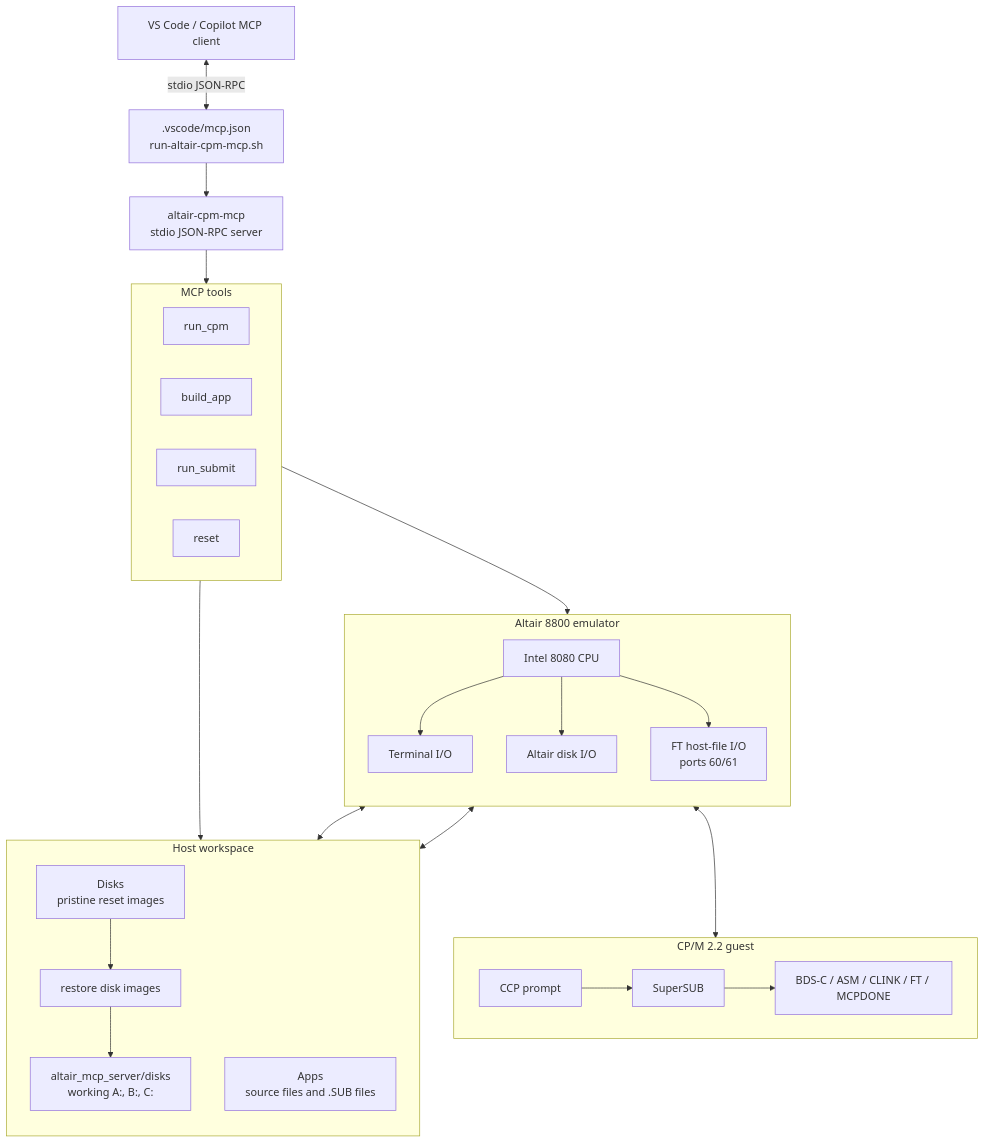
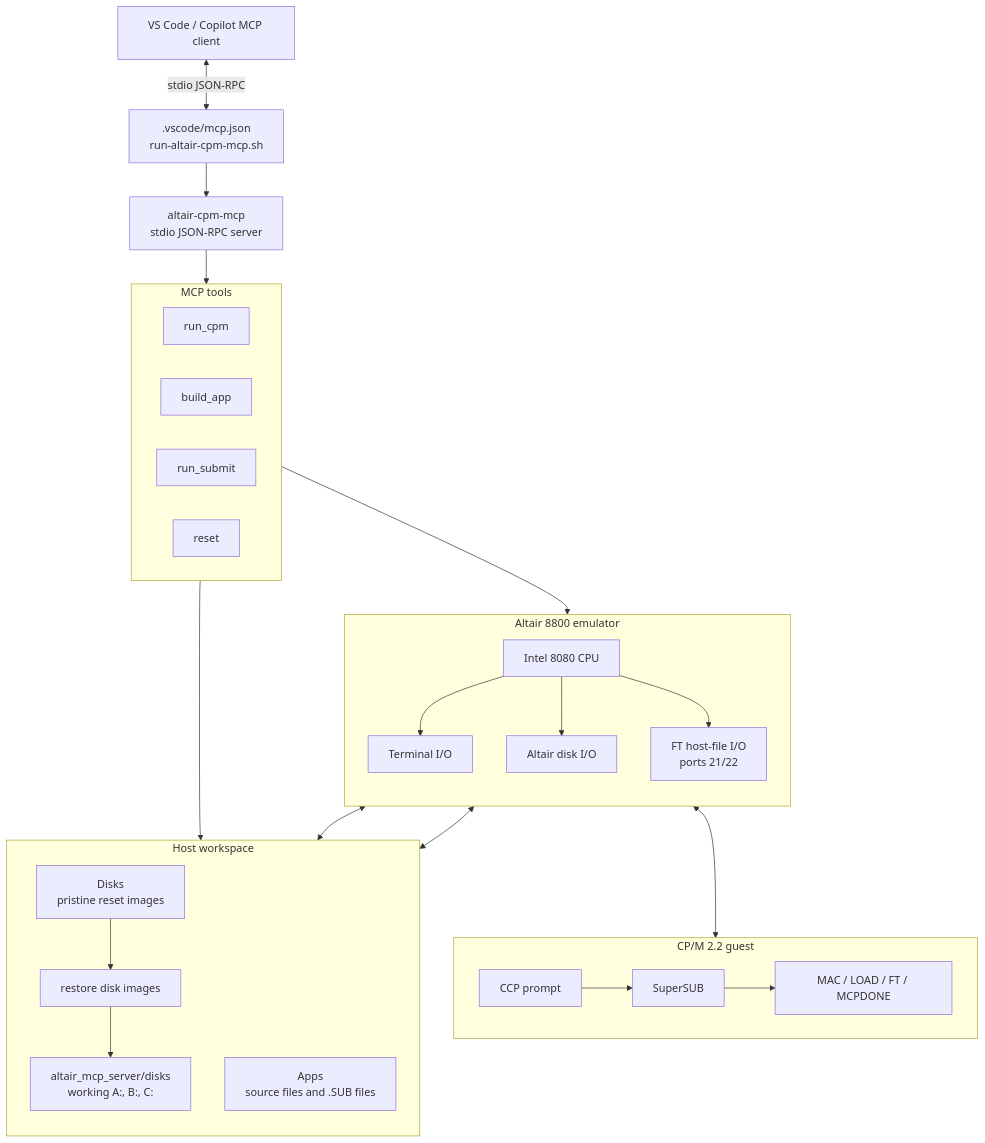
Before and after one commit to gloveboxes/Altair-8800-AI-Edition: the diagram in altair_mcp_server/README.md, drawn with Mermaid. The commit also changed other lines of this file and 171 other files, not shown here.

````diff
--- a/altair_mcp_server/README.md
+++ b/altair_mcp_server/README.md
@@ -16,56 +16,56 @@
 ```mermaid
 flowchart TB
     client["VS Code / Copilot MCP client"]
     launcher[".vscode/mcp.json<br/>run-altair-cpm-mcp.sh"]
     server["altair-cpm-mcp<br/>stdio JSON-RPC server"]
 
     subgraph tools["MCP tools"]
         direction LR
         run_cpm["run_cpm"]
         build_app["build_app"]
         run_submit["run_submit"]
         reset["reset"]
     end
 
     subgraph emu["Altair 8800 emulator"]
         direction TB
         cpu["Intel 8080 CPU"]
         term["Terminal I/O"]
         diskio["Altair disk I/O"]
-        ftio["FT host-file I/O<br/>ports 60/61"]
+        ftio["FT host-file I/O<br/>ports 21/22"]
     end
 
     subgraph cpm["CP/M 2.2 guest"]
         direction LR
         shell["CCP prompt"]
         supersub["SuperSUB"]
-        bdsc["BDS-C / ASM / CLINK / FT / MCPDONE"]
+        bdsc["MAC / LOAD / FT / MCPDONE"]
     end
 
     subgraph host["Host workspace"]
         direction TB
         restore["restore disk images"]
         workdisks["altair_mcp_server/disks<br/>working A:, B:, C:"]
         pristine["Disks<br/>pristine reset images"]
         apps["Apps<br/>source files and .SUB files"]
     end
 
     client <-->|stdio JSON-RPC| launcher
     launcher --> server
     server --> tools
     tools --> cpu
     cpu --> term
     term <--> shell
     shell --> supersub
     supersub --> bdsc
 
     cpu --> diskio
     diskio <--> workdisks
 
     cpu --> ftio
     ftio <--> apps
 
     reset --> restore
     pristine --> restore
     restore --> workdisks
 ```
````
